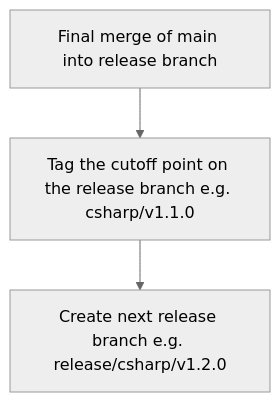
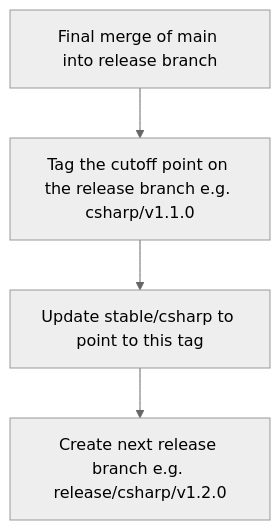
Before and after one commit to adbc-drivers/databricks: the second of 3 diagrams in csharp/RELEASE_PROCESS.md, drawn with Mermaid (neutral theme). The commit also changed other lines of this file, not shown here.

Commit message:
docs(csharp): add stable branch, fix lifecycle diagram, expand CI/CD section

````diff
--- a/csharp/RELEASE_PROCESS.md
+++ b/csharp/RELEASE_PROCESS.md
@@ -64,5 +62,6 @@
 ```mermaid
 flowchart TD
     A[Final merge of main into release branch] --> B[Tag the cutoff point on the release branch e.g. csharp/v1.1.0]
-    B --> C[Create next release branch e.g. release/csharp/v1.2.0]
+    B --> C[Update stable/csharp to point to this tag]
+    C --> D[Create next release branch e.g. release/csharp/v1.2.0]
 ```
````
